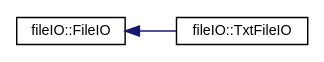
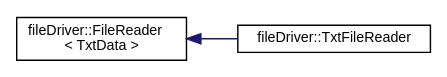
One commit to aka1ha2n3e/project00 changed the diagram in document/ドキュメント/inherit_graph_18.dot. Above: the diagram before and after it, drawn with Graphviz. The commit also changed 278 other files, not shown here.

```diff
--- a/document/ドキュメント/inherit_graph_18.dot
+++ b/document/ドキュメント/inherit_graph_18.dot
@@ -1,10 +1,10 @@
 digraph "Graphical Class Hierarchy"
 {
  // LATEX_PDF_SIZE
   edge [fontname="Helvetica",fontsize="10",labelfontname="Helvetica",labelfontsize="10"];
   node [fontname="Helvetica",fontsize="10",shape=record];
   rankdir="LR";
-  Node0 [label="fileIO::FileIO",height=0.2,width=0.4,color="black", fillcolor="white", style="filled",URL="$classfileIO_1_1FileIO.html",tooltip="ファイルマネージャーにFileIOの機能を提供する．使用する際になんの機能が欲しいか引数で選択できるようにする．"];
+  Node0 [label="fileDriver::FileReader\l\< TxtData \>",height=0.2,width=0.4,color="black", fillcolor="white", style="filled",URL="$classfileDriver_1_1FileReader.html",tooltip=" "];
   Node0 -> Node1 [dir="back",color="midnightblue",fontsize="10",style="solid",fontname="Helvetica"];
-  Node1 [label="fileIO::TxtFileIO",height=0.2,width=0.4,color="black", fillcolor="white", style="filled",URL="$classfileIO_1_1TxtFileIO.html",tooltip=" "];
+  Node1 [label="fileDriver::TxtFileReader",height=0.2,width=0.4,color="black", fillcolor="white", style="filled",URL="$classfileDriver_1_1TxtFileReader.html",tooltip="テキストファイル読み込みクラス"];
 }
```
